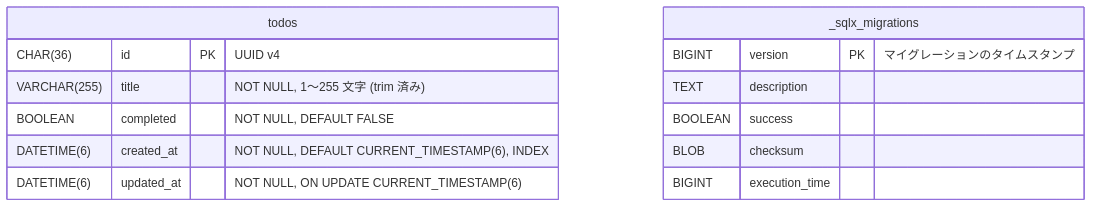
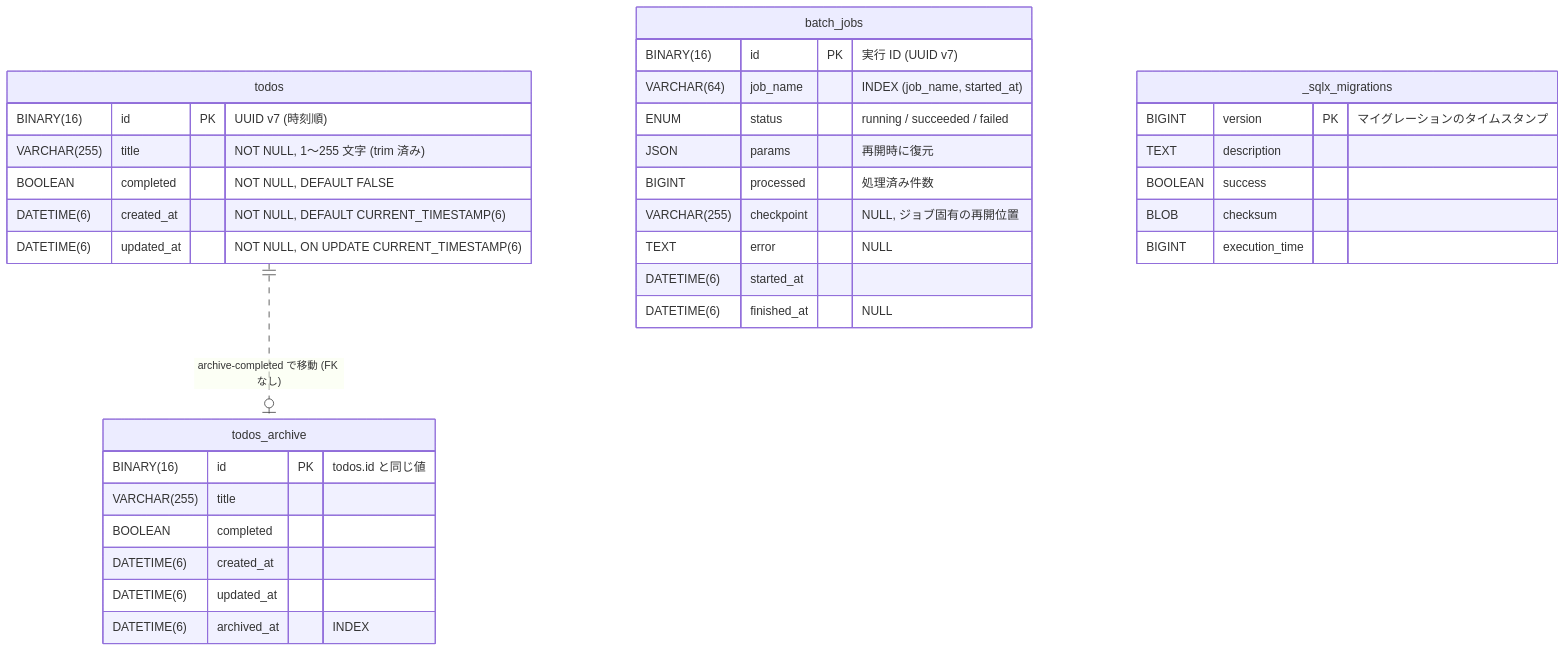
One commit to ktaishi/rust-next-voiler changed the seventh of 15 diagrams in README.md. Above: the diagram before and after it, drawn with Mermaid. The commit also changed other lines of this file and 53 other files, not shown here.

````diff
--- a/README.md
+++ b/README.md
@@ -226,17 +277,38 @@
 ```mermaid
 erDiagram
+    todos ||..o| todos_archive : "archive-completed で移動 (FK なし)"
+
     todos {
-        CHAR(36)      id          PK "UUID v4"
+        BINARY(16)    id          PK "UUID v7 (時刻順)"
         VARCHAR(255)  title          "NOT NULL, 1〜255 文字 (trim 済み)"
         BOOLEAN       completed      "NOT NULL, DEFAULT FALSE"
-        DATETIME(6)   created_at     "NOT NULL, DEFAULT CURRENT_TIMESTAMP(6), INDEX"
+        DATETIME(6)   created_at     "NOT NULL, DEFAULT CURRENT_TIMESTAMP(6)"
         DATETIME(6)   updated_at     "NOT NULL, ON UPDATE CURRENT_TIMESTAMP(6)"
+    }
+    todos_archive {
+        BINARY(16)    id          PK "todos.id と同じ値"
+        VARCHAR(255)  title
+        BOOLEAN       completed
+        DATETIME(6)   created_at
+        DATETIME(6)   updated_at
+        DATETIME(6)   archived_at    "INDEX"
+    }
+    batch_jobs {
+        BINARY(16)    id          PK "実行 ID (UUID v7)"
+        VARCHAR(64)   job_name       "INDEX (job_name, started_at)"
+        ENUM          status         "running / succeeded / failed"
+        JSON          params         "再開時に復元"
+        BIGINT        processed      "処理済み件数"
+        VARCHAR(255)  checkpoint     "NULL, ジョブ固有の再開位置"
+        TEXT          error          "NULL"
+        DATETIME(6)   started_at
+        DATETIME(6)   finished_at    "NULL"
     }
     _sqlx_migrations {
         BIGINT   version        PK "マイグレーションのタイムスタンプ"
         TEXT     description
         BOOLEAN  success
         BLOB     checksum
         BIGINT   execution_time
     }
 ```
````
